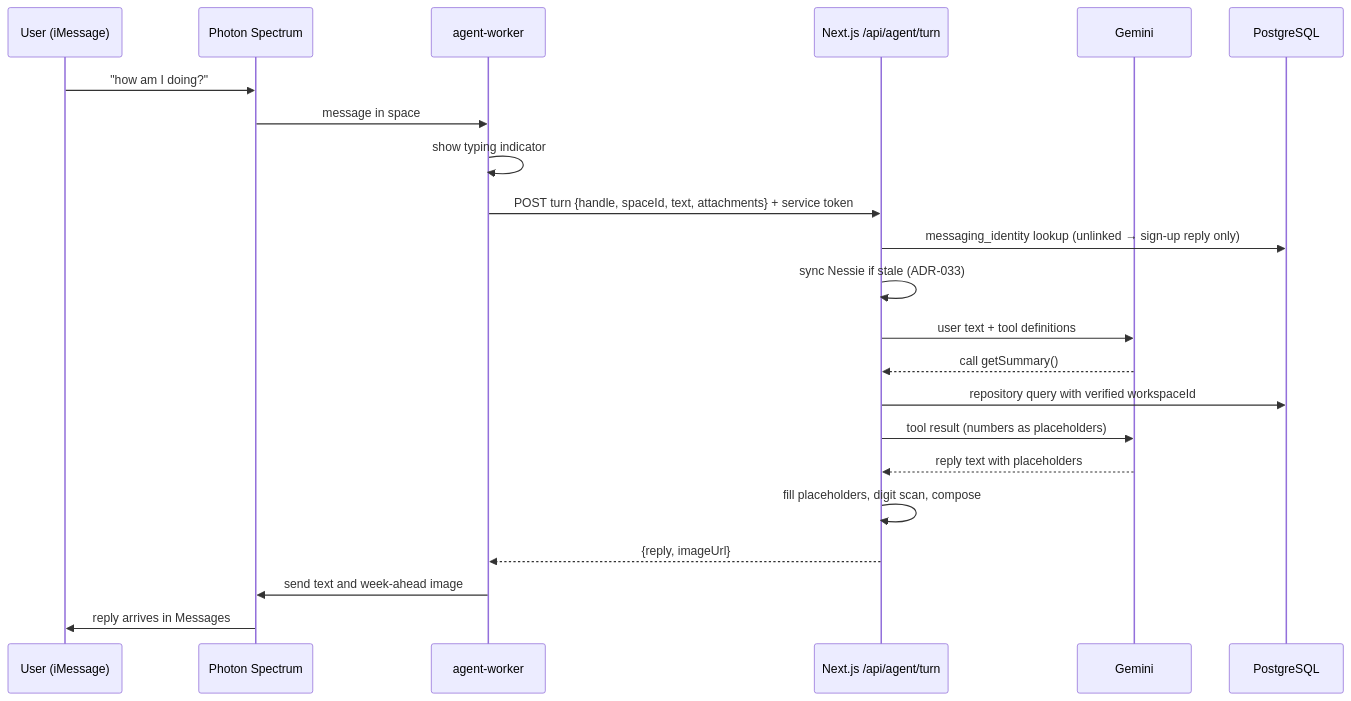
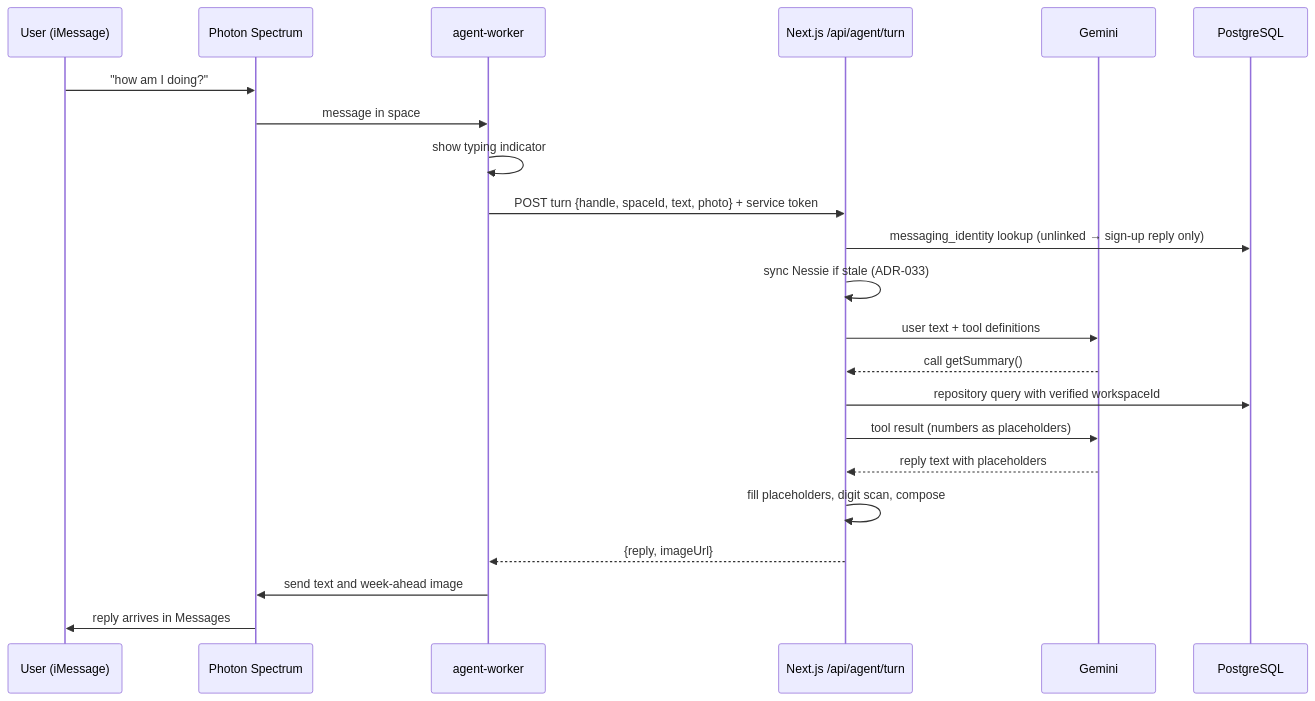
The fourth of 4 diagrams in docs/ARCHITECTURE.md (TahubCS/Reeflect), drawn with Mermaid before and after one commit. The commit also changed other lines of this file and 51 other files, not shown here.

````diff
--- a/docs/ARCHITECTURE.md
+++ b/docs/ARCHITECTURE.md
@@ -489,25 +495,25 @@
 ```mermaid
 sequenceDiagram
   participant U as User (iMessage)
   participant P as Photon Spectrum
   participant W as agent-worker
   participant B as Next.js /api/agent/turn
   participant G as Gemini
   participant DB as PostgreSQL
 
   U->>P: "how am I doing?"
   P->>W: message in space
   W->>W: show typing indicator
-  W->>B: POST turn {handle, spaceId, text, attachments} + service token
+  W->>B: POST turn {handle, spaceId, text, photo} + service token
   B->>DB: messaging_identity lookup (unlinked → sign-up reply only)
   B->>B: sync Nessie if stale (ADR-033)
   B->>G: user text + tool definitions
   G-->>B: call getSummary()
   B->>DB: repository query with verified workspaceId
   B->>G: tool result (numbers as placeholders)
   G-->>B: reply text with placeholders
   B->>B: fill placeholders, digit scan, compose
   B-->>W: {reply, imageUrl}
   W->>P: send text and week-ahead image
   P->>U: reply arrives in Messages
 ```
````
